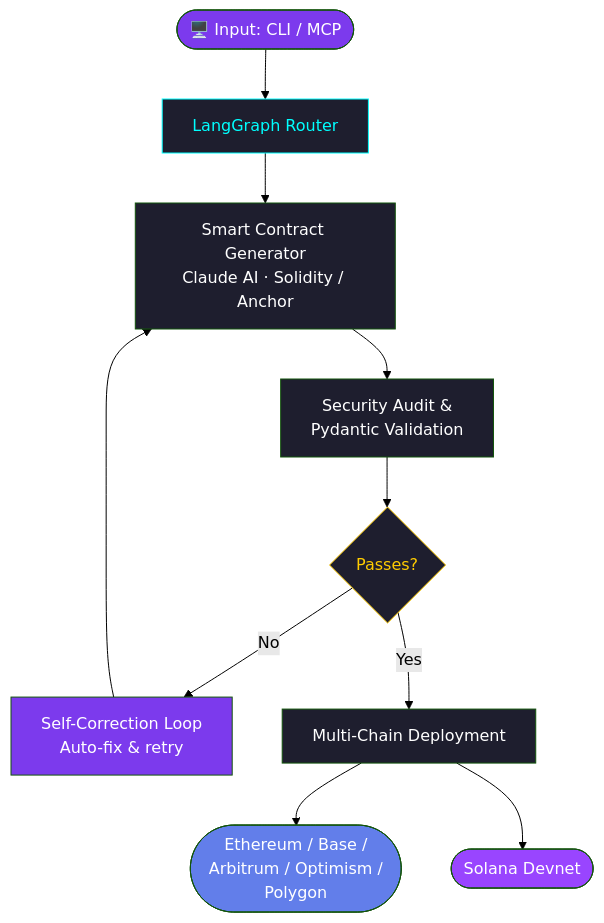
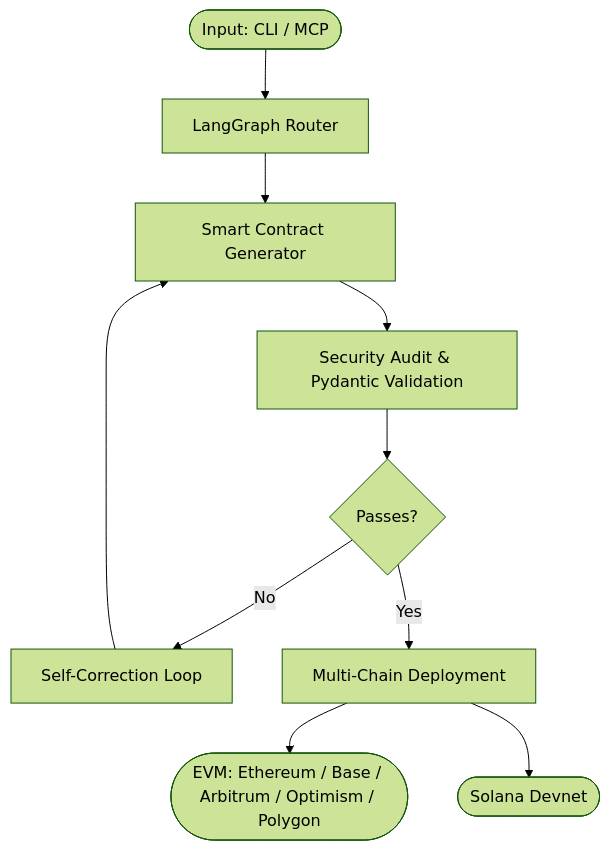
One commit to Harmain11/Cross-Chain-Hub changed the diagram in README.md. Above: the diagram before and after it, drawn with Mermaid (forest theme).

Commit message:
fix(docs): simplify Mermaid flowchart syntax for reliable GitHub rendering

````diff
--- a/README.md
+++ b/README.md
@@ -33,22 +33,12 @@
 ```mermaid
 flowchart TD
-    A([🖥️ Input: CLI / MCP]) --> B[LangGraph Router]
-    B --> C[Smart Contract Generator\nClaude AI · Solidity / Anchor]
-    C --> D[Security Audit &\nPydantic Validation]
+    A([Input: CLI / MCP]) --> B[LangGraph Router]
+    B --> C[Smart Contract Generator]
+    C --> D[Security Audit & Pydantic Validation]
     D --> E{Passes?}
-    E -- No --> F[Self-Correction Loop\nAuto-fix & retry]
+    E -- No --> F[Self-Correction Loop]
     F --> C
     E -- Yes --> G[Multi-Chain Deployment]
-    G --> H1([Ethereum / Base /\nArbitrum / Optimism /\nPolygon])
+    G --> H1([EVM: Ethereum / Base / Arbitrum / Optimism / Polygon])
     G --> H2([Solana Devnet])
-
-    style A fill:#7C3AED,color:#fff
-    style B fill:#1e1e2e,color:#00ffff,stroke:#00ffff
-    style C fill:#1e1e2e,color:#fff
-    style D fill:#1e1e2e,color:#fff
-    style E fill:#1e1e2e,color:#ffcc00,stroke:#ffcc00
-    style F fill:#7C3AED,color:#fff
-    style G fill:#1e1e2e,color:#fff
-    style H1 fill:#627EEA,color:#fff
-    style H2 fill:#9945FF,color:#fff
 ```
````
